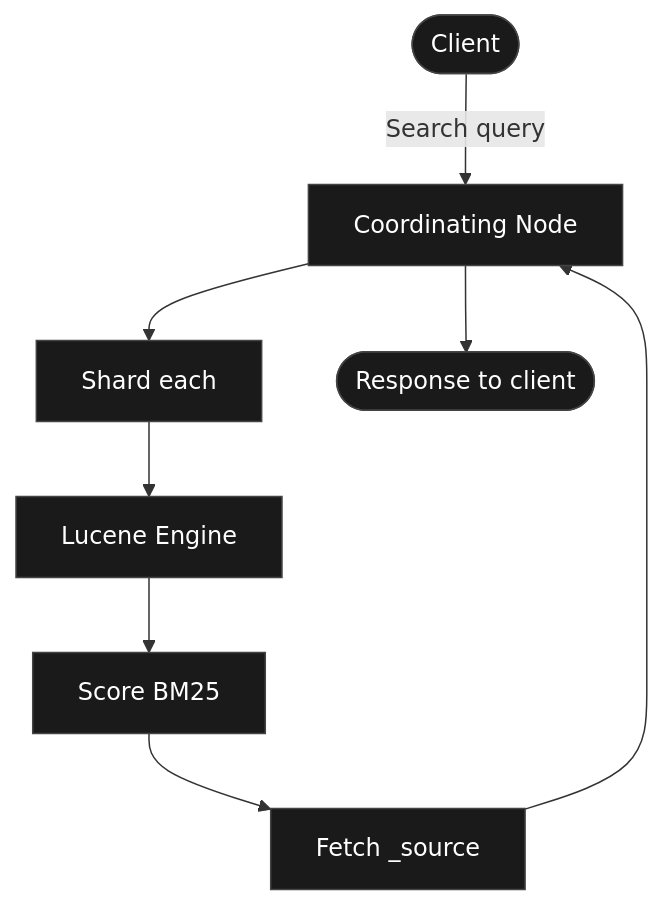
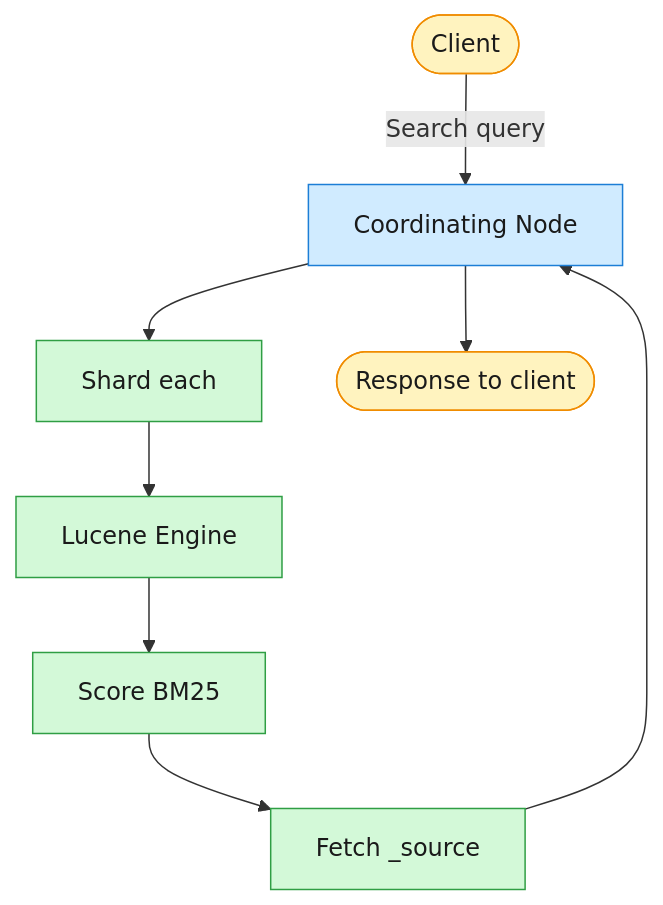
The second of 2 diagrams in _designs/tech-elasticsearch.md (iliazlobin/iliazlobin.github.io), drawn with Mermaid before and after one commit. The commit also changed other lines of this file and 6 other files, not shown here.

First line of the commit message:
tech pages: tag search across categories, real tags, readable diagrams (#148)

````diff
--- a/_designs/tech-elasticsearch.md
+++ b/_designs/tech-elasticsearch.md
@@ -74,13 +76,17 @@
 ```mermaid
 flowchart TD
     Client([Client]) -->|Search query| CN[Coordinating Node]
     CN --> Shard[Shard each]
     Shard --> Lucene[Lucene Engine]
     Lucene --> Score[Score BM25]
     Score --> Fetch[Fetch _source]
     Fetch --> CN
     CN --> Result([Response to client])
 
-    classDef node fill:#1A1A1A,stroke:#444,color:#fff
-    class Client,CN,Shard,Lucene,Score,Fetch,Result node
+    classDef client fill:#fff3bf,stroke:#f08c00,color:#1a1a1a;
+    classDef svc fill:#d0ebff,stroke:#1c7ed6,color:#1a1a1a;
+    classDef engine fill:#d3f9d8,stroke:#2f9e44,color:#1a1a1a;
+    class Client,Result client;
+    class CN svc;
+    class Shard,Lucene,Score,Fetch engine;
 ```
````
